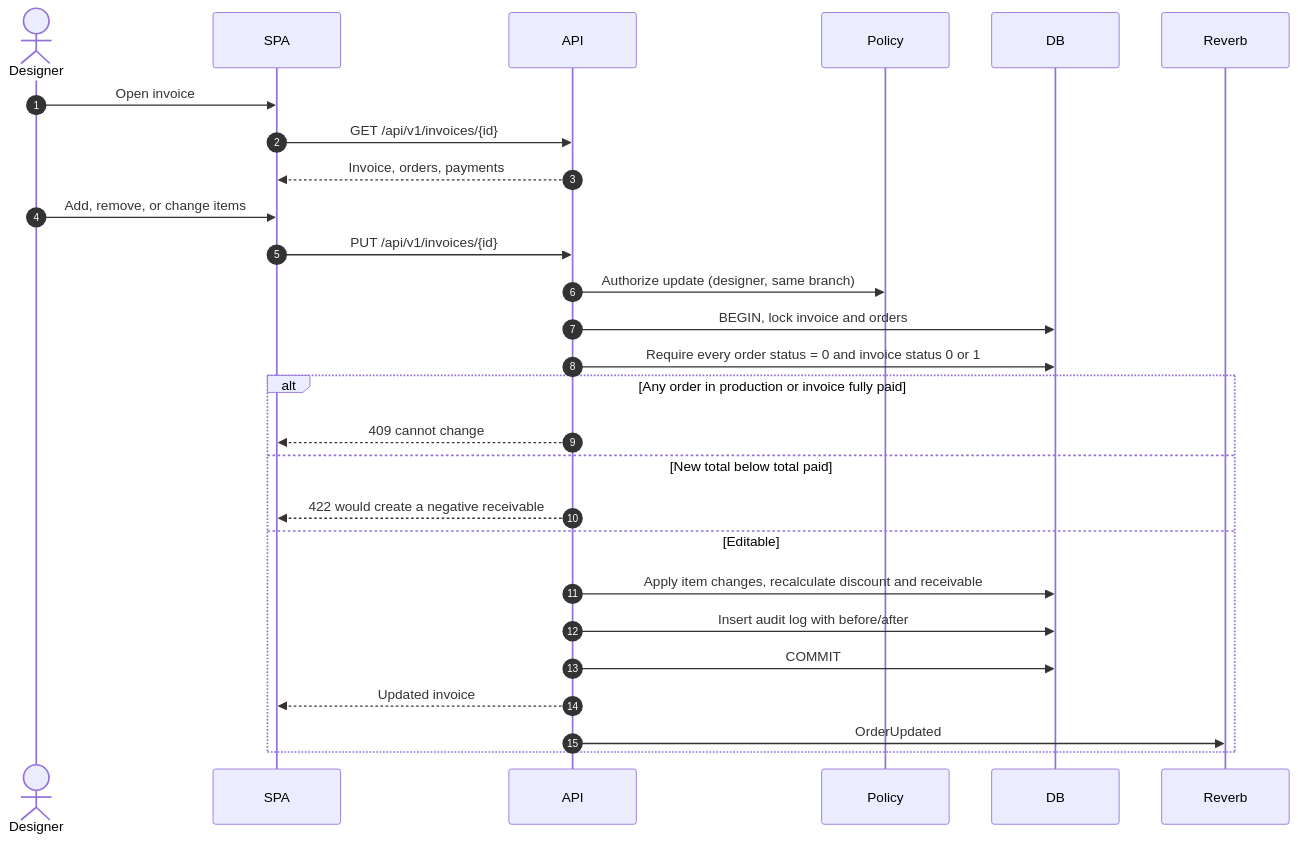
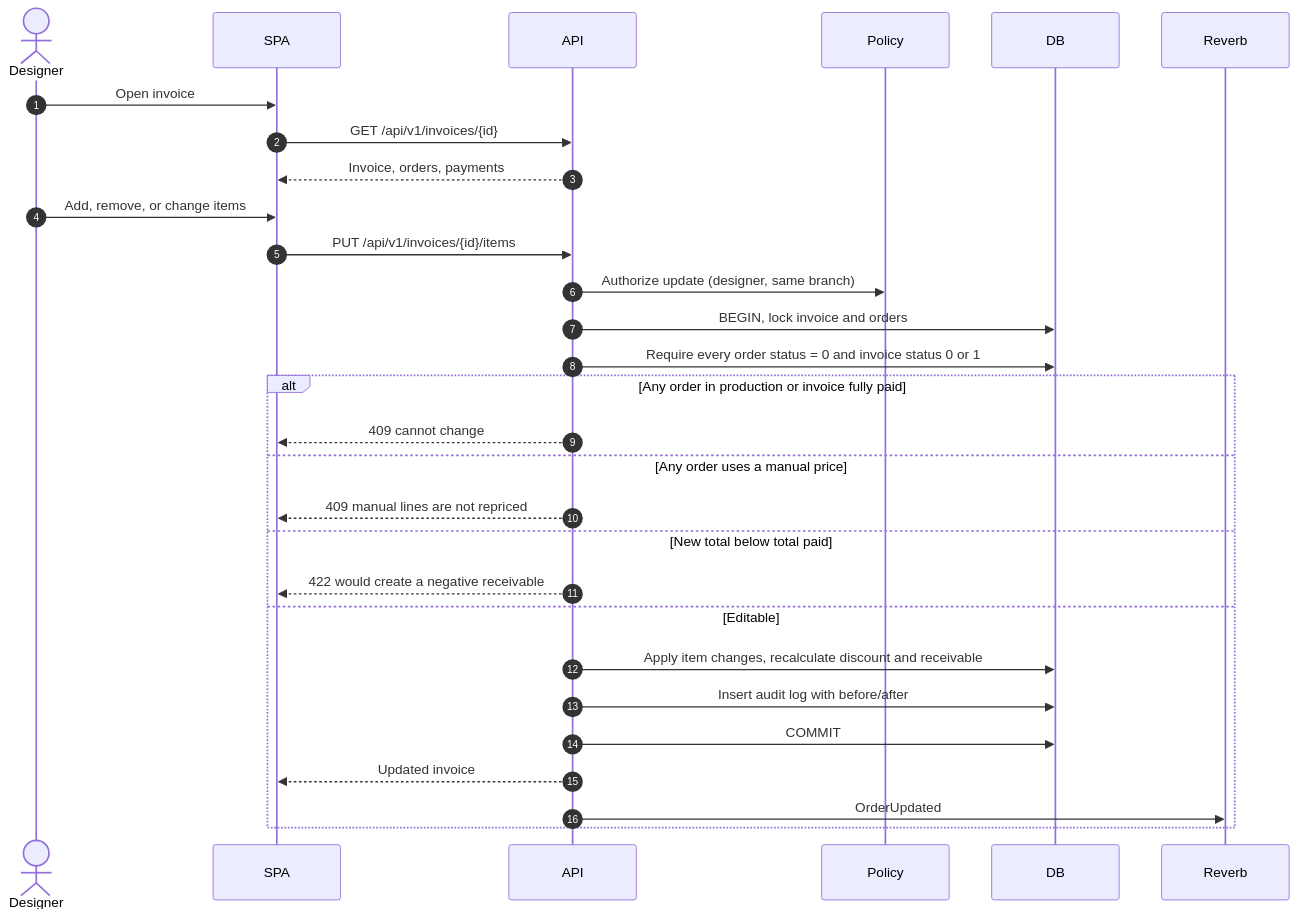
One commit to Arukast/pos_alja changed the sixth of 22 diagrams in docs/architecture/sequence-diagrams.md. Above: the diagram before and after it, drawn with Mermaid. The commit also changed other lines of this file and 16 other files, not shown here.

````diff
--- a/docs/architecture/sequence-diagrams.md
+++ b/docs/architecture/sequence-diagrams.md
@@ -147,30 +147,32 @@
 ```mermaid
 sequenceDiagram
     autonumber
     actor D as Designer
     participant SPA
     participant API
     participant Policy
     participant DB
     participant R as Reverb
 
     D->>SPA: Open invoice
     SPA->>API: GET /api/v1/invoices/{id}
     API-->>SPA: Invoice, orders, payments
     D->>SPA: Add, remove, or change items
-    SPA->>API: PUT /api/v1/invoices/{id}
+    SPA->>API: PUT /api/v1/invoices/{id}/items
     API->>Policy: Authorize update (designer, same branch)
     API->>DB: BEGIN, lock invoice and orders
     API->>DB: Require every order status = 0 and invoice status 0 or 1
     alt Any order in production or invoice fully paid
         API-->>SPA: 409 cannot change
+    else Any order uses a manual price
+        API-->>SPA: 409 manual lines are not repriced
     else New total below total paid
         API-->>SPA: 422 would create a negative receivable
     else Editable
         API->>DB: Apply item changes, recalculate discount and receivable
         API->>DB: Insert audit log with before/after
         API->>DB: COMMIT
         API-->>SPA: Updated invoice
         API->>R: OrderUpdated
     end
 ```
````
